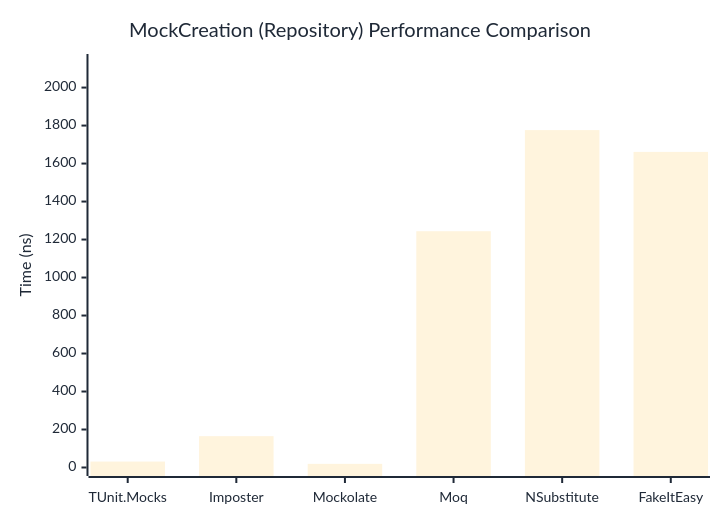
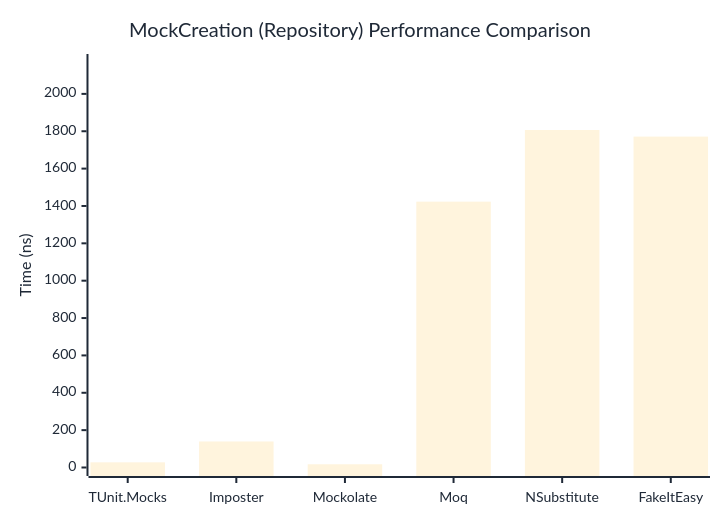
One commit to thomhurst/TUnit changed the second of 2 diagrams in docs/docs/benchmarks/mocks/MockCreation.md. Above: the diagram before and after it, drawn with Mermaid. The commit also changed other lines of this file and 14 other files, not shown here.

````diff
--- a/docs/docs/benchmarks/mocks/MockCreation.md
+++ b/docs/docs/benchmarks/mocks/MockCreation.md
@@ -71,27 +71,27 @@
 ```mermaid
 %%{init: {
   'theme':'base',
   'themeVariables': {
     'primaryColor': '#2563eb',
     'primaryTextColor': '#1f2937',
     'primaryBorderColor': '#1e40af',
     'lineColor': '#6b7280',
     'secondaryColor': '#7c3aed',
     'tertiaryColor': '#dc2626',
     'background': '#ffffff',
     'pie1': '#2563eb',
     'pie2': '#7c3aed',
     'pie3': '#dc2626',
     'pie4': '#f59e0b',
     'pie5': '#10b981',
     'pie6': '#06b6d4',
     'pie7': '#ec4899',
     'pie8': '#6366f1'
   }
 }}%%
 xychart-beta
   title "MockCreation (Repository) Performance Comparison"
   x-axis ["TUnit.Mocks", "Imposter", "Mockolate", "Moq", "NSubstitute", "FakeItEasy"]
-  y-axis "Time (ns)" 0 --> 2132
-  bar [31.33, 165, 19.18, 1243.83, 1776.11, 1661.37]
+  y-axis "Time (ns)" 0 --> 2168
+  bar [27.71, 139.32, 17.33, 1423.13, 1806.66, 1771.34]
 ```
````
